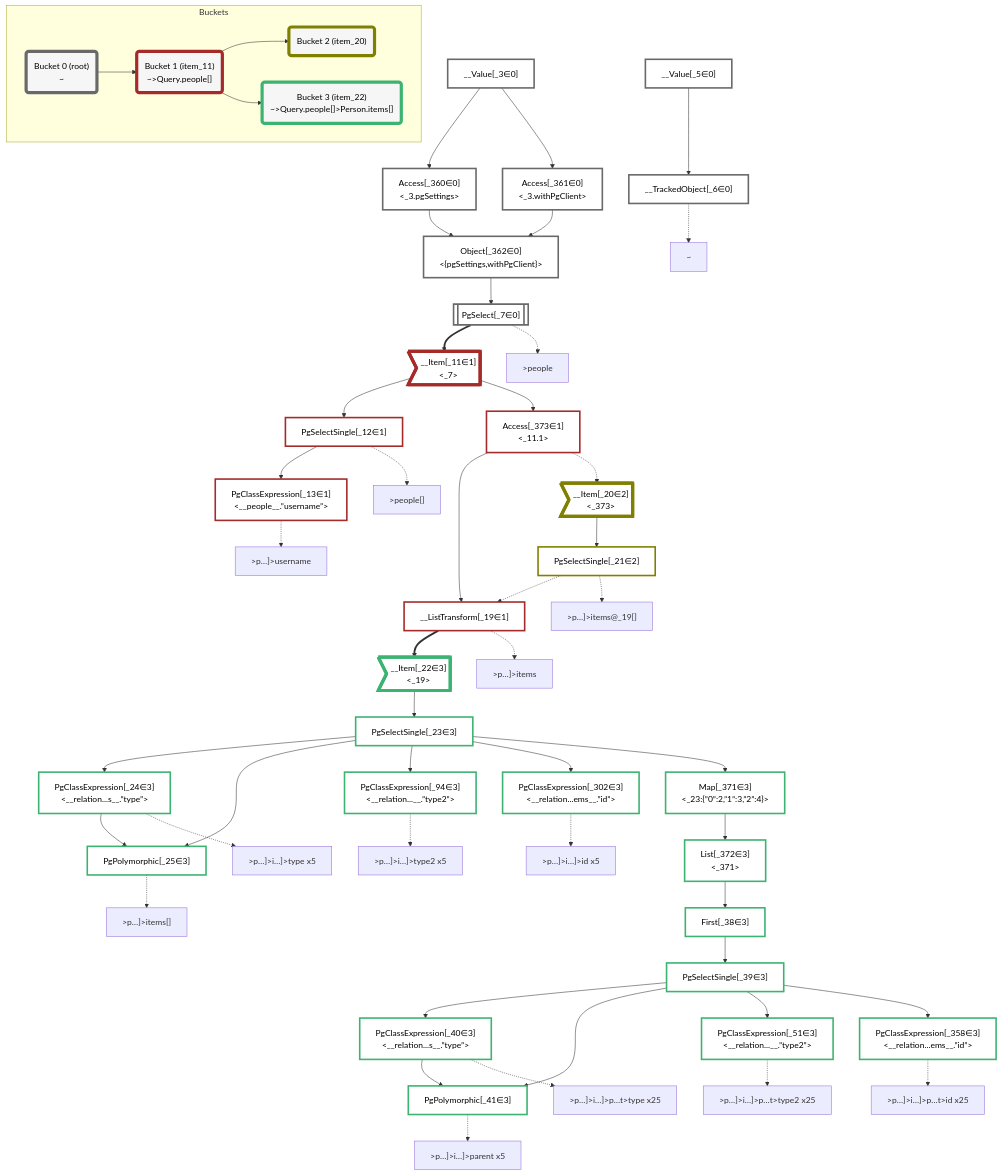
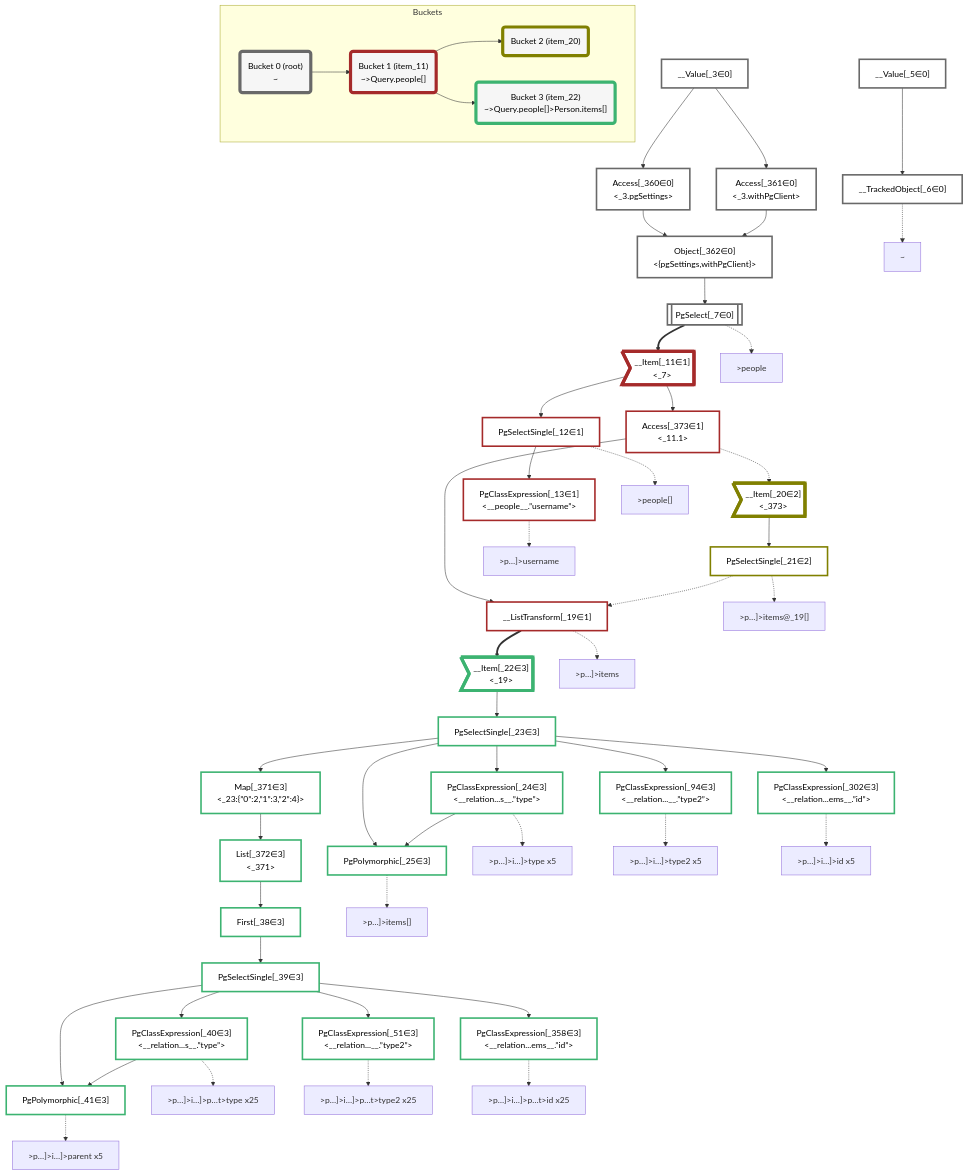
Before and after one commit to graphile/crystal: the diagram in packages/dataplan-pg/__tests__/queries/interfaces-relational/nested.mermaid.md, drawn with Mermaid. The commit also changed other lines of this file and 82 other files, not shown here.

```diff
--- a/packages/dataplan-pg/__tests__/queries/interfaces-relational/nested.mermaid.md
+++ b/packages/dataplan-pg/__tests__/queries/interfaces-relational/nested.mermaid.md
@@ -78,26 +78,26 @@
     PgSelectSingle_12 -.-> P_12
     P_13[">p…]>username"]
     PgClassExpression_13 -.-> P_13
+    P_19[">p…]>items"]
+    __ListTransform_19 -.-> P_19
     P_21[">p…]>items@_19[]"]
     PgSelectSingle_21 -.-> P_21
-    P_19[">p…]>items"]
-    __ListTransform_19 -.-> P_19
+    P_24[">p…]>i…]>type x5"]
+    PgClassExpression_24 -.-> P_24
     P_25[">p…]>items[]"]
     PgPolymorphic_25 -.-> P_25
+    P_40[">p…]>i…]>p…t>type x25"]
+    PgClassExpression_40 -.-> P_40
     P_41[">p…]>i…]>parent x5"]
     PgPolymorphic_41 -.-> P_41
+    P_51[">p…]>i…]>p…t>type2 x25"]
+    PgClassExpression_51 -.-> P_51
+    P_94[">p…]>i…]>type2 x5"]
+    PgClassExpression_94 -.-> P_94
+    P_302[">p…]>i…]>id x5"]
+    PgClassExpression_302 -.-> P_302
     P_358[">p…]>i…]>p…t>id x25"]
     PgClassExpression_358 -.-> P_358
-    P_40[">p…]>i…]>p…t>type x25"]
-    PgClassExpression_40 -.-> P_40
-    P_51[">p…]>i…]>p…t>type2 x25"]
-    PgClassExpression_51 -.-> P_51
-    P_302[">p…]>i…]>id x5"]
-    PgClassExpression_302 -.-> P_302
-    P_24[">p…]>i…]>type x5"]
-    PgClassExpression_24 -.-> P_24
-    P_94[">p…]>i…]>type2 x5"]
-    PgClassExpression_94 -.-> P_94
 
     %% allocate buckets
     classDef bucket0 stroke:#696969
```
